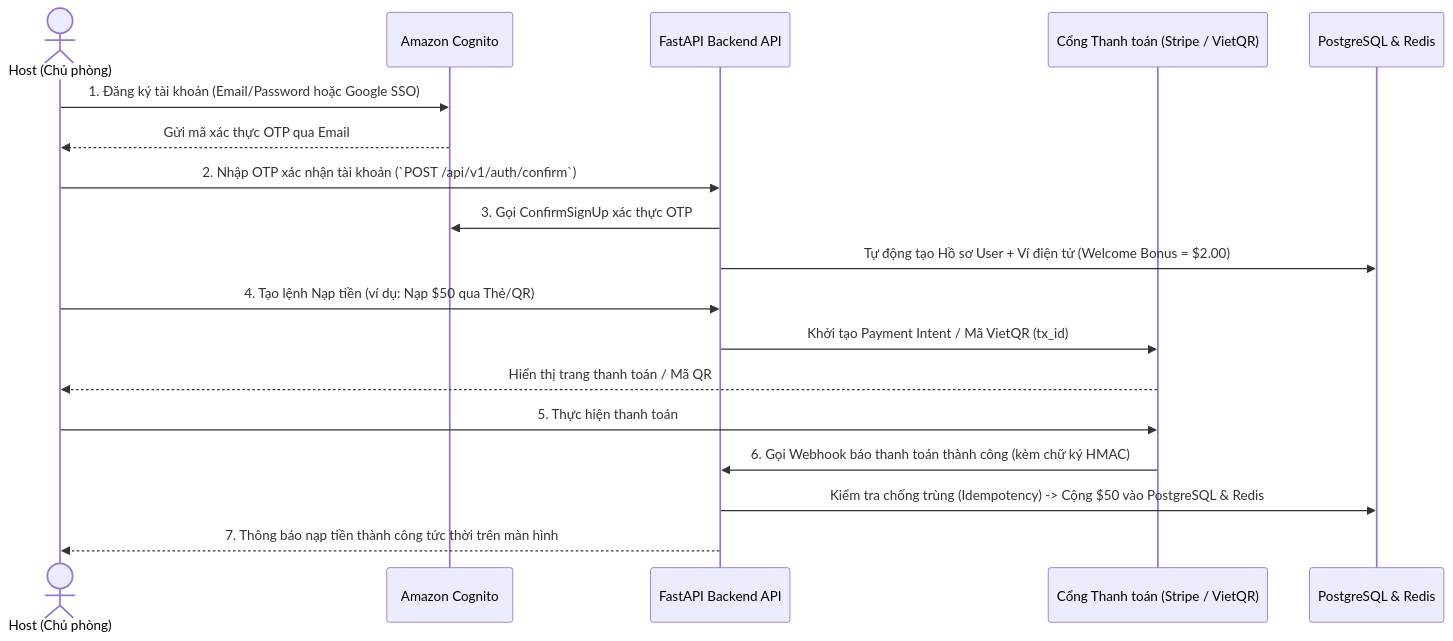
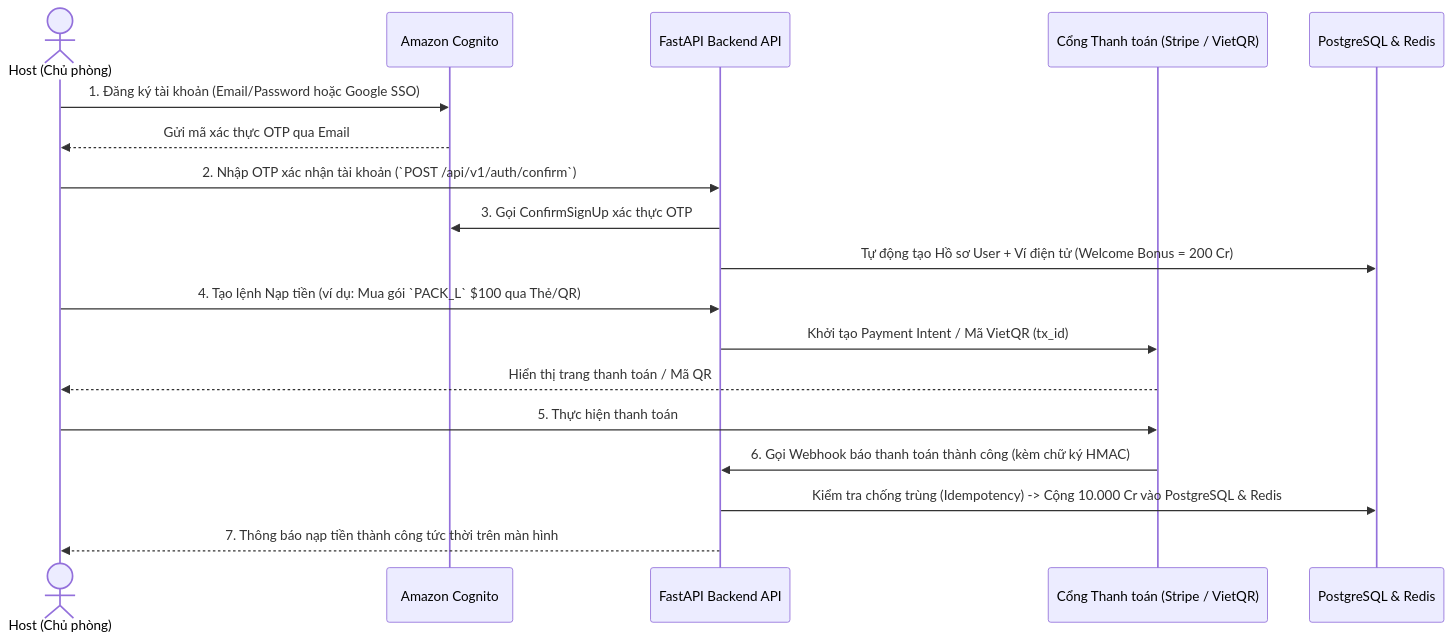
Before and after one commit to vuthehuyht/ws-translation-realtime: the first of 3 diagrams in docs/specs/01-business-requirements-and-billing.md, drawn with Mermaid. The commit also changed 60 other files, not shown here.

````diff
--- a/docs/specs/01-business-requirements-and-billing.md
+++ b/docs/specs/01-business-requirements-and-billing.md
@@ -53,21 +53,21 @@
 ```mermaid
 sequenceDiagram
     actor H as Host (Chủ phòng)
     participant Cognito as Amazon Cognito
     participant API as FastAPI Backend API
     participant PG as Cổng Thanh toán (Stripe / VietQR)
     participant DB as PostgreSQL & Redis
 
     H->>Cognito: 1. Đăng ký tài khoản (Email/Password hoặc Google SSO)
     Cognito-->>H: Gửi mã xác thực OTP qua Email
     H->>API: 2. Nhập OTP xác nhận tài khoản (`POST /api/v1/auth/confirm`)
     API->>Cognito: 3. Gọi ConfirmSignUp xác thực OTP
-    API->>DB: Tự động tạo Hồ sơ User + Ví điện tử (Welcome Bonus = $2.00)
-    H->>API: 4. Tạo lệnh Nạp tiền (ví dụ: Nạp $50 qua Thẻ/QR)
+    API->>DB: Tự động tạo Hồ sơ User + Ví điện tử (Welcome Bonus = 200 Cr)
+    H->>API: 4. Tạo lệnh Nạp tiền (ví dụ: Mua gói `PACK_L` $100 qua Thẻ/QR)
     API->>PG: Khởi tạo Payment Intent / Mã VietQR (tx_id)
     PG-->>H: Hiển thị trang thanh toán / Mã QR
     H->>PG: 5. Thực hiện thanh toán
     PG->>API: 6. Gọi Webhook báo thanh toán thành công (kèm chữ ký HMAC)
-    API->>DB: Kiểm tra chống trùng (Idempotency) -> Cộng $50 vào PostgreSQL & Redis
+    API->>DB: Kiểm tra chống trùng (Idempotency) -> Cộng 10.000 Cr vào PostgreSQL & Redis
     API-->>H: 7. Thông báo nạp tiền thành công tức thời trên màn hình
 ```
````
